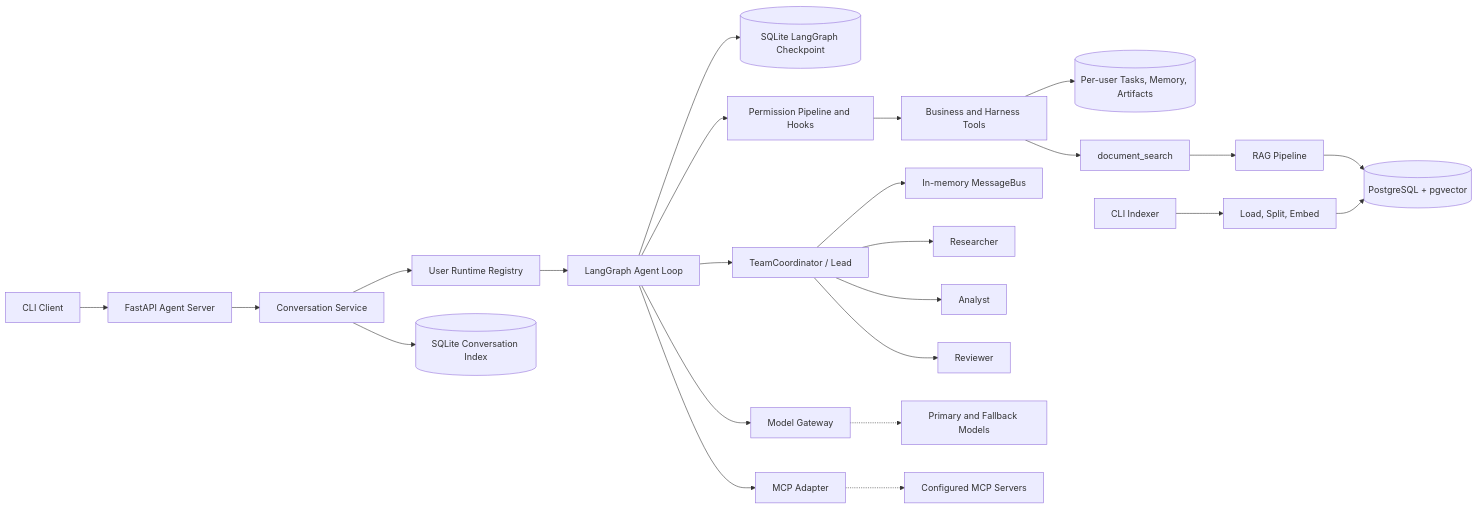
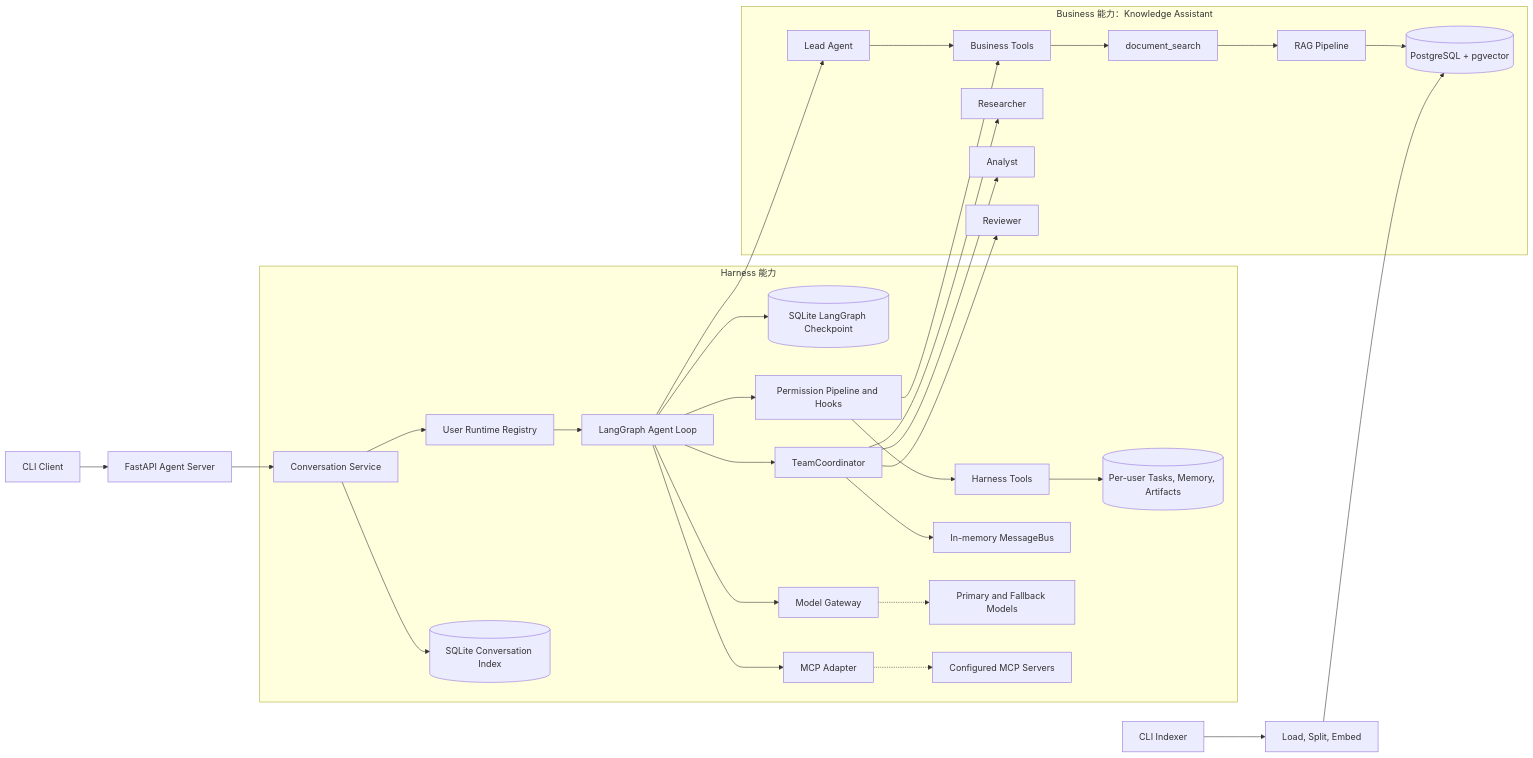
Before and after one commit to misakisaysyes/Business-Agent-Harness: the diagram in README.md, drawn with Mermaid.

Commit message:
docs: separate harness and business architecture

````diff
--- a/README.md
+++ b/README.md
@@ -55,26 +55,36 @@
 ```mermaid
 flowchart LR
     cli["CLI Client"] --> api["FastAPI Agent Server"]
     api --> conversation["Conversation Service"]
-    conversation --> runtime["User Runtime Registry"]
-    conversation --> conversationDb[("SQLite Conversation Index")]
-    runtime --> agentLoop["LangGraph Agent Loop"]
-    agentLoop --> checkpointDb[("SQLite LangGraph Checkpoint")]
-    agentLoop --> permission["Permission Pipeline and Hooks"]
-    permission --> tools["Business and Harness Tools"]
-    tools --> userStores[("Per-user Tasks, Memory, Artifacts")]
-    tools --> documentSearch["document_search"]
-    documentSearch --> ragPipeline["RAG Pipeline"]
-    ragPipeline --> vectorDb[("PostgreSQL + pgvector")]
-    agentLoop --> teamCoordinator["TeamCoordinator / Lead"]
-    teamCoordinator --> messageBus["In-memory MessageBus"]
-    teamCoordinator --> researcher["Researcher"]
-    teamCoordinator --> analyst["Analyst"]
-    teamCoordinator --> reviewer["Reviewer"]
     indexer["CLI Indexer"] --> ingestion["Load, Split, Embed"]
     ingestion --> vectorDb
-    agentLoop --> modelGateway["Model Gateway"]
-    modelGateway -.-> modelProvider["Primary and Fallback Models"]
-    agentLoop --> mcpAdapter["MCP Adapter"]
-    mcpAdapter -.-> mcpServers["Configured MCP Servers"]
+
+    subgraph harness["Harness 能力"]
+        conversation --> runtime["User Runtime Registry"]
+        conversation --> conversationDb[("SQLite Conversation Index")]
+        runtime --> agentLoop["LangGraph Agent Loop"]
+        agentLoop --> checkpointDb[("SQLite LangGraph Checkpoint")]
+        agentLoop --> permission["Permission Pipeline and Hooks"]
+        permission --> harnessTools["Harness Tools"]
+        harnessTools --> userStores[("Per-user Tasks, Memory, Artifacts")]
+        agentLoop --> teamCoordinator["TeamCoordinator"]
+        teamCoordinator --> messageBus["In-memory MessageBus"]
+        agentLoop --> modelGateway["Model Gateway"]
+        modelGateway -.-> modelProvider["Primary and Fallback Models"]
+        agentLoop --> mcpAdapter["MCP Adapter"]
+        mcpAdapter -.-> mcpServers["Configured MCP Servers"]
+    end
+
+    subgraph business["Business 能力：Knowledge Assistant"]
+        agentLoop --> lead["Lead Agent"]
+        lead --> businessTools["Business Tools"]
+        businessTools --> documentSearch["document_search"]
+        documentSearch --> ragPipeline["RAG Pipeline"]
+        ragPipeline --> vectorDb[("PostgreSQL + pgvector")]
+        teamCoordinator --> researcher["Researcher"]
+        teamCoordinator --> analyst["Analyst"]
+        teamCoordinator --> reviewer["Reviewer"]
+    end
+
+    permission --> businessTools
 ```
````
